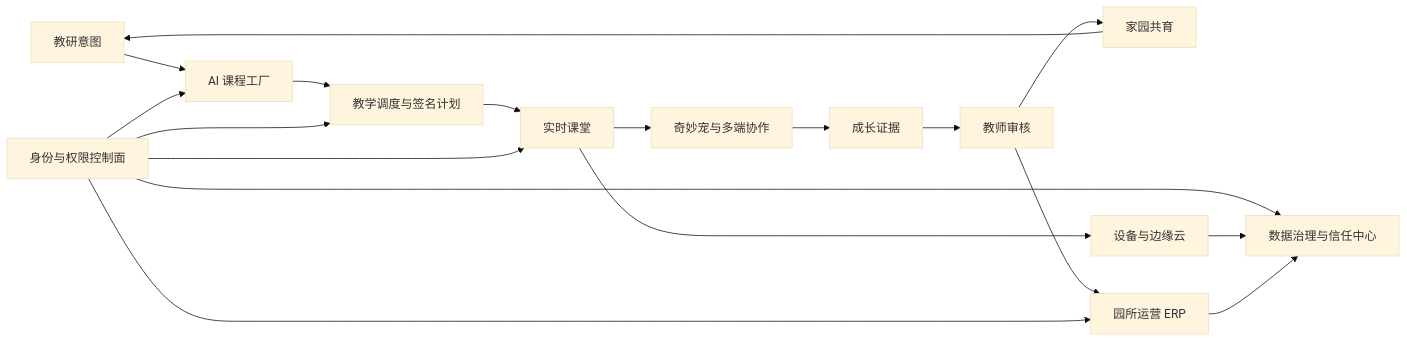
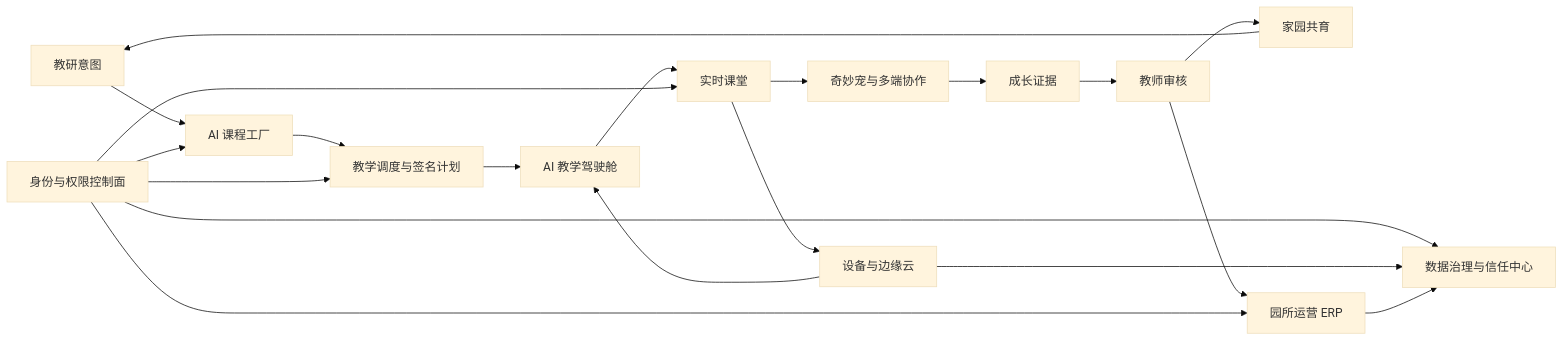
Before and after one commit to LinuxZhou93/ai-playground: the first of 2 diagrams in docs/xmp/XMP_PRODUCT_DOSSIER.md, drawn with Mermaid (base theme). The commit also changed other lines of this file and 31 other files, not shown here.

````diff
--- a/docs/xmp/XMP_PRODUCT_DOSSIER.md
+++ b/docs/xmp/XMP_PRODUCT_DOSSIER.md
@@ -26,20 +26,22 @@
 ```mermaid
 flowchart LR
   A["教研意图"] --> B["AI 课程工厂"]
   B --> S["教学调度与签名计划"]
-  S --> C["实时课堂"]
+  S --> T["AI 教学驾驶舱"]
+  T --> C["实时课堂"]
   C --> D["奇妙宠与多端协作"]
   D --> E["成长证据"]
   E --> F["教师审核"]
   F --> G["家园共育"]
   G --> A
   C --> H["设备与边缘云"]
+  H --> T
   F --> I["园所运营 ERP"]
   K["身份与权限控制面"] --> B
   K --> S
   K --> C
   K --> I
   K --> J
   H --> J["数据治理与信任中心"]
   I --> J
 ```
````
